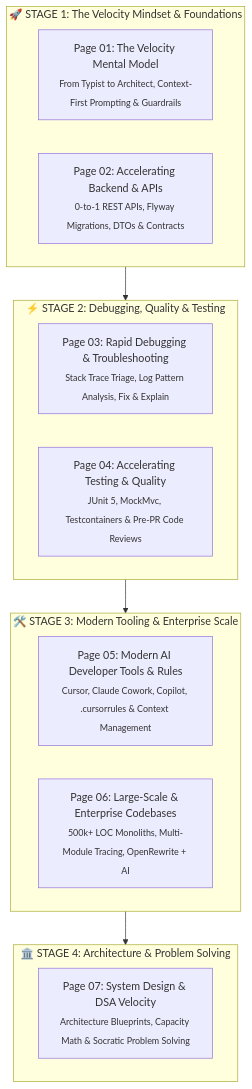
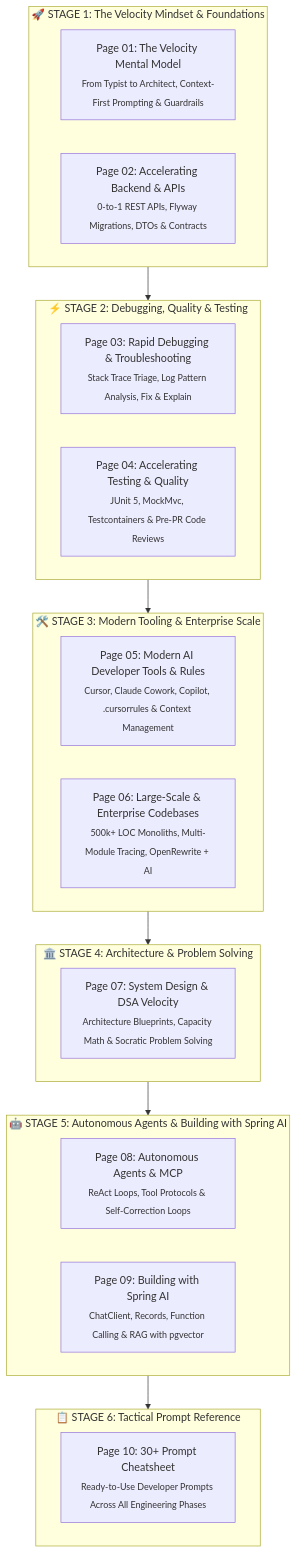
One commit to deadheaven07/Perparation-Material-For-DSA-and-System-Design- changed the diagram in ai-for-developers/README.md. Above: the diagram before and after it, drawn with Mermaid. The commit also changed other lines of this file and 5 other files, not shown here.

Commit message:
Add Autonomous Agents (MCP), Spring AI & RAG, and 30+ Prompt Cheatsheet to AI track

````diff
--- a/ai-for-developers/README.md
+++ b/ai-for-developers/README.md
@@ -11,23 +11,32 @@
 ```mermaid
 flowchart TD
     subgraph S1["🚀 STAGE 1: The Velocity Mindset & Foundations"]
         P01["Page 01: The Velocity Mental Model<br/><sub>From Typist to Architect, Context-First Prompting & Guardrails</sub>"]
         P02["Page 02: Accelerating Backend & APIs<br/><sub>0-to-1 REST APIs, Flyway Migrations, DTOs & Contracts</sub>"]
     end
 
     subgraph S2["⚡ STAGE 2: Debugging, Quality & Testing"]
         P03["Page 03: Rapid Debugging & Troubleshooting<br/><sub>Stack Trace Triage, Log Pattern Analysis, Fix & Explain</sub>"]
         P04["Page 04: Accelerating Testing & Quality<br/><sub>JUnit 5, MockMvc, Testcontainers & Pre-PR Code Reviews</sub>"]
     end
 
     subgraph S3["🛠️ STAGE 3: Modern Tooling & Enterprise Scale"]
         P05["Page 05: Modern AI Developer Tools & Rules<br/><sub>Cursor, Claude Cowork, Copilot, .cursorrules & Context Management</sub>"]
         P06["Page 06: Large-Scale & Enterprise Codebases<br/><sub>500k+ LOC Monoliths, Multi-Module Tracing, OpenRewrite + AI</sub>"]
     end
 
     subgraph S4["🏛️ STAGE 4: Architecture & Problem Solving"]
         P07["Page 07: System Design & DSA Velocity<br/><sub>Architecture Blueprints, Capacity Math & Socratic Problem Solving</sub>"]
     end
 
-    S1 --> S2 --> S3 --> S4
+    subgraph S5["🤖 STAGE 5: Autonomous Agents & Building with Spring AI"]
+        P08["Page 08: Autonomous Agents & MCP<br/><sub>ReAct Loops, Tool Protocols & Self-Correction Loops</sub>"]
+        P09["Page 09: Building with Spring AI<br/><sub>ChatClient, Records, Function Calling & RAG with pgvector</sub>"]
+    end
+
+    subgraph S6["📋 STAGE 6: Tactical Prompt Reference"]
+        P10["Page 10: 30+ Prompt Cheatsheet<br/><sub>Ready-to-Use Developer Prompts Across All Engineering Phases</sub>"]
+    end
+
+    S1 --> S2 --> S3 --> S4 --> S5 --> S6
 ```
````
